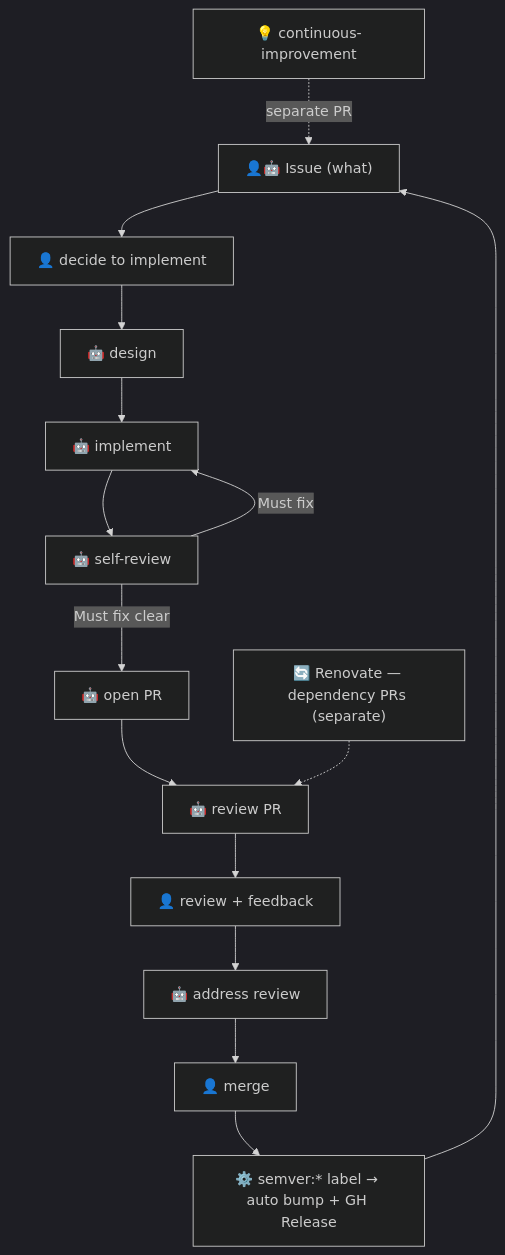
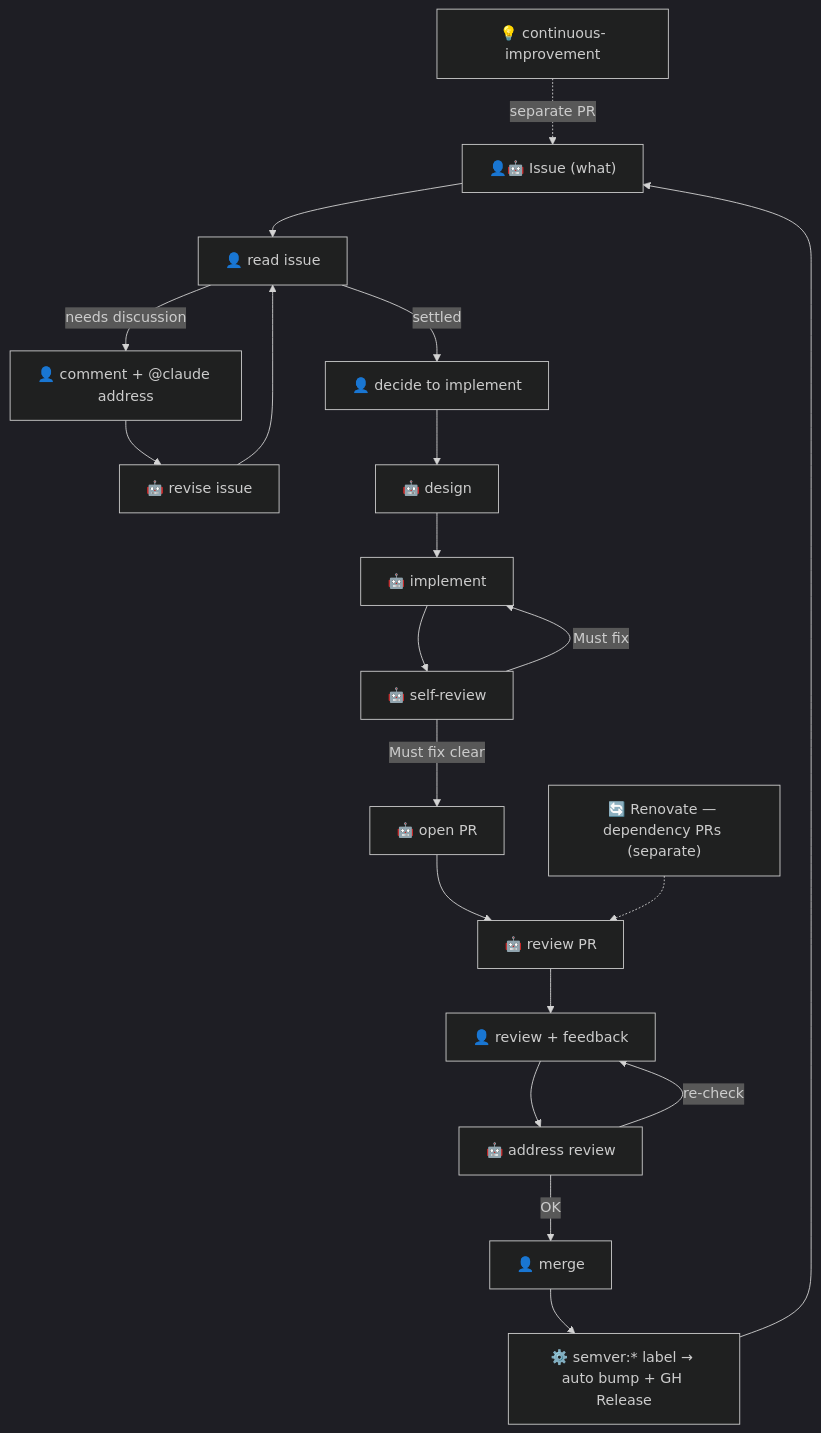
The diagram in .claude/rules/ai-workflow.md (syakoo/syakoo-lab), drawn with Mermaid (dark theme) before and after one commit. The commit also changed other lines of this file, not shown here.

Commit message:
docs: show issue discussion and review loops in ai-workflow diagram

````diff
--- a/.claude/rules/ai-workflow.md
+++ b/.claude/rules/ai-workflow.md
@@ -17,17 +17,22 @@
 ```mermaid
 flowchart TD
-  A["👤🤖 Issue (what)"] --> C["👤 decide to implement"]
+  A["👤🤖 Issue (what)"] --> M["👤 read issue"]
+  M -->|"needs discussion"| N["👤 comment + @claude address"]
+  N --> O["🤖 revise issue"]
+  O --> M
+  M -->|"settled"| C["👤 decide to implement"]
   C --> B["🤖 design"]
   B --> D["🤖 implement"]
   D --> S["🤖 self-review"]
   S -->|"Must fix"| D
   S -->|"Must fix clear"| P["🤖 open PR"]
   P --> E["🤖 review PR"]
   E --> F["👤 review + feedback"]
   F --> G["🤖 address review"]
-  G --> H["👤 merge"]
+  G -->|"re-check"| F
+  G -->|"OK"| H["👤 merge"]
   H --> J["⚙️ semver:* label → auto bump + GH Release"]
   J --> A
   L["💡 continuous-improvement"] -.separate PR.-> A
   R["🔄 Renovate — dependency PRs (separate)"] -.-> E
 ```
````
